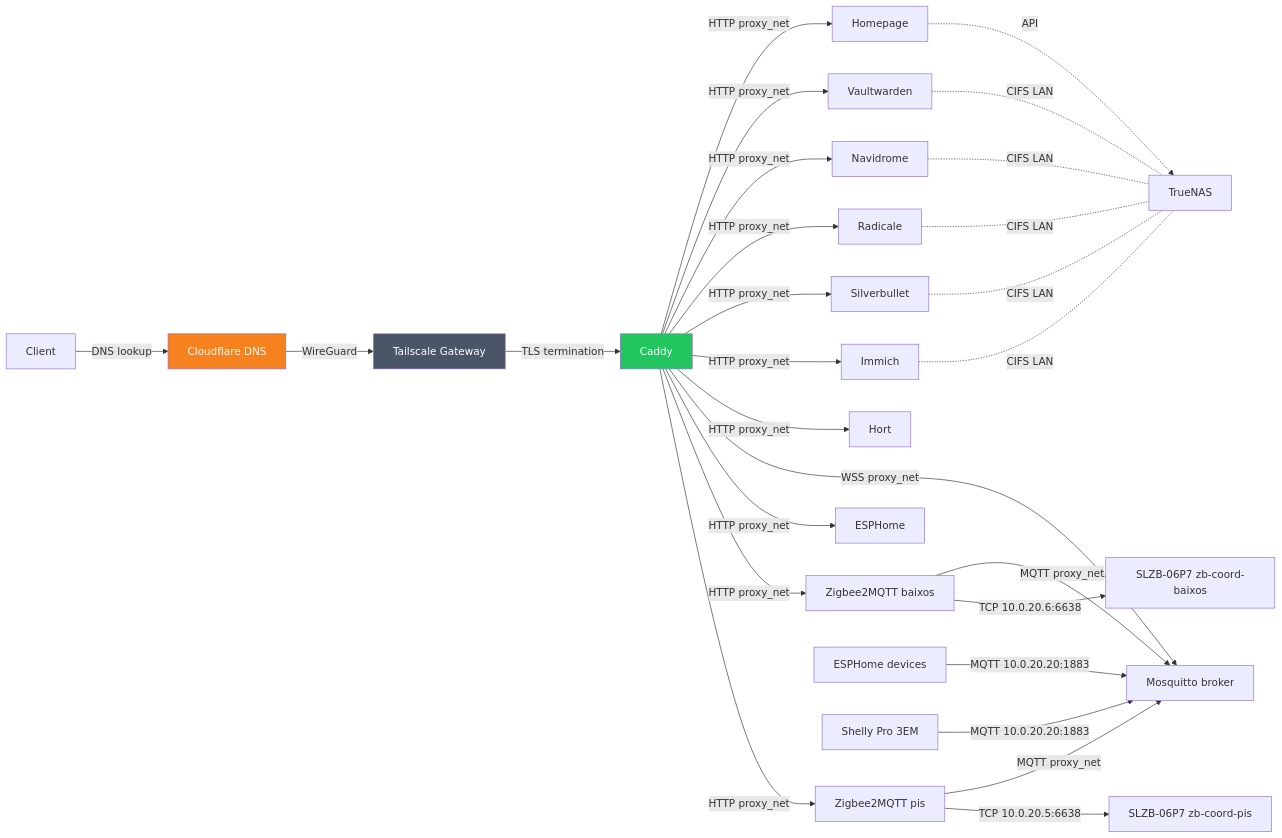
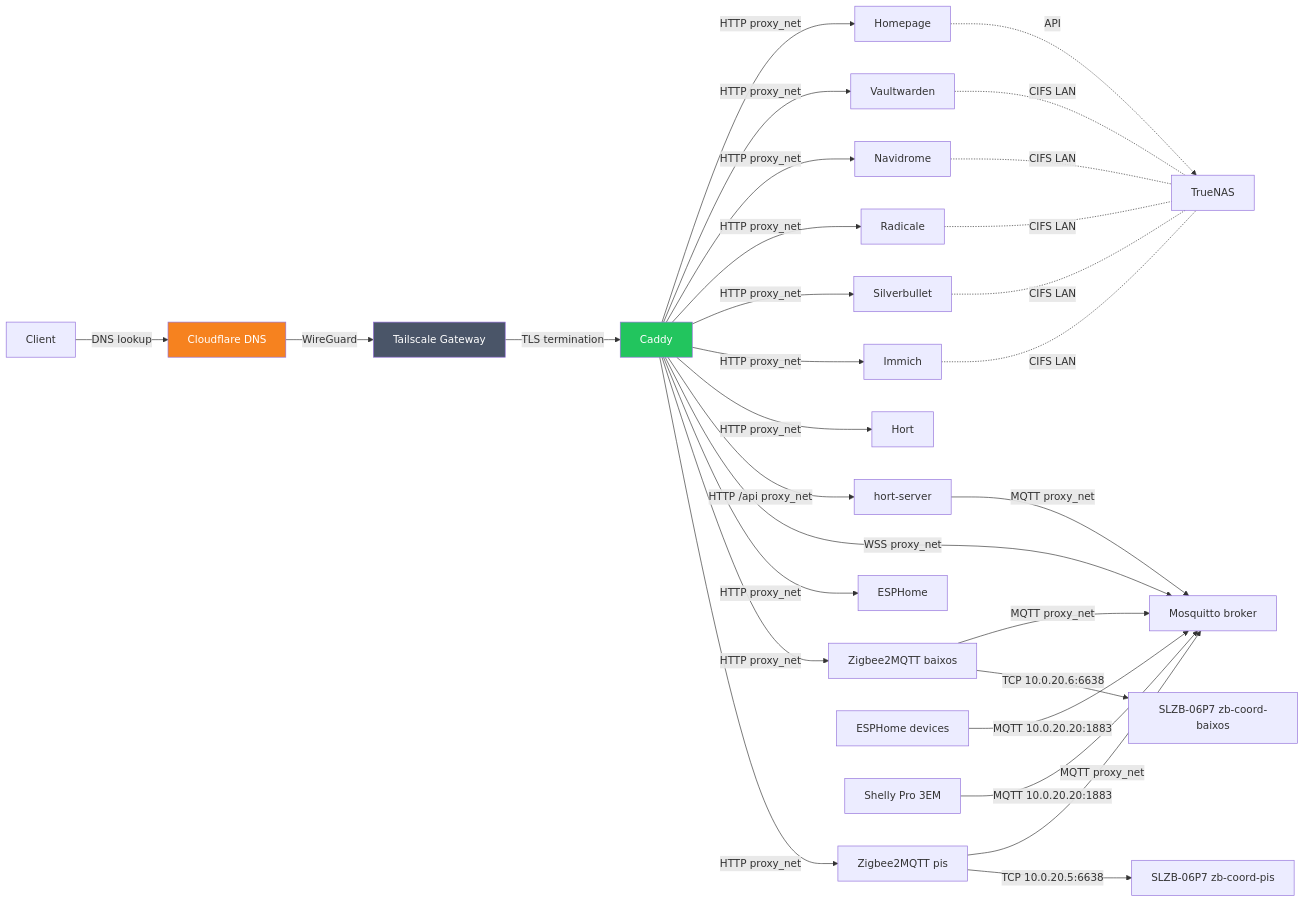
One commit to masolnada/homelab changed the second of 2 diagrams in README.md. Above: the diagram before and after it, drawn with Mermaid. The commit also changed other lines of this file and 5 other files, not shown here.

First line of the commit message:
feat(garden): cut hort over to two-container dashboard + server

````diff
--- a/README.md
+++ b/README.md
@@ -82,33 +82,35 @@
 ```mermaid
 graph LR
     Client -->|DNS lookup| CF[Cloudflare DNS]
     CF -->|WireGuard| TS[Tailscale Gateway]
     TS -->|TLS termination| Caddy
     Caddy -->|HTTP proxy_net| Homepage
     Caddy -->|HTTP proxy_net| Vaultwarden
     Caddy -->|HTTP proxy_net| Navidrome
     Caddy -->|HTTP proxy_net| Radicale
     Caddy -->|HTTP proxy_net| Silverbullet
     Caddy -->|HTTP proxy_net| Immich
     Caddy -->|HTTP proxy_net| Hort
-    Caddy -->|WSS proxy_net| Mosquitto[Mosquitto broker]
+    Caddy -->|HTTP /api proxy_net| HortServer[hort-server]
+    HortServer -->|MQTT proxy_net| Mosquitto[Mosquitto broker]
+    Caddy -->|WSS proxy_net| Mosquitto
     Caddy -->|HTTP proxy_net| ESPHome
     Caddy -->|HTTP proxy_net| Z2M[Zigbee2MQTT baixos]
     Z2M -->|MQTT proxy_net| Mosquitto
     Z2M -->|TCP 10.0.20.6:6638| Coord[SLZB-06P7 zb-coord-baixos]
     Caddy -->|HTTP proxy_net| Z2MPis[Zigbee2MQTT pis]
     Z2MPis -->|MQTT proxy_net| Mosquitto
     Z2MPis -->|TCP 10.0.20.5:6638| CoordPis[SLZB-06P7 zb-coord-pis]
     Devices[ESPHome devices] -->|MQTT 10.0.20.20:1883| Mosquitto
     Shelly[Shelly Pro 3EM] -->|MQTT 10.0.20.20:1883| Mosquitto
     Homepage -.->|API| NAS[TrueNAS]
     Vaultwarden -.-|CIFS LAN| NAS
     Navidrome -.-|CIFS LAN| NAS
     Radicale -.-|CIFS LAN| NAS
     Silverbullet -.-|CIFS LAN| NAS
     Immich -.-|CIFS LAN| NAS
 
     style CF fill:#f6821f,color:#fff
     style TS fill:#4a5568,color:#fff
     style Caddy fill:#22c55e,color:#fff
 ```
````
